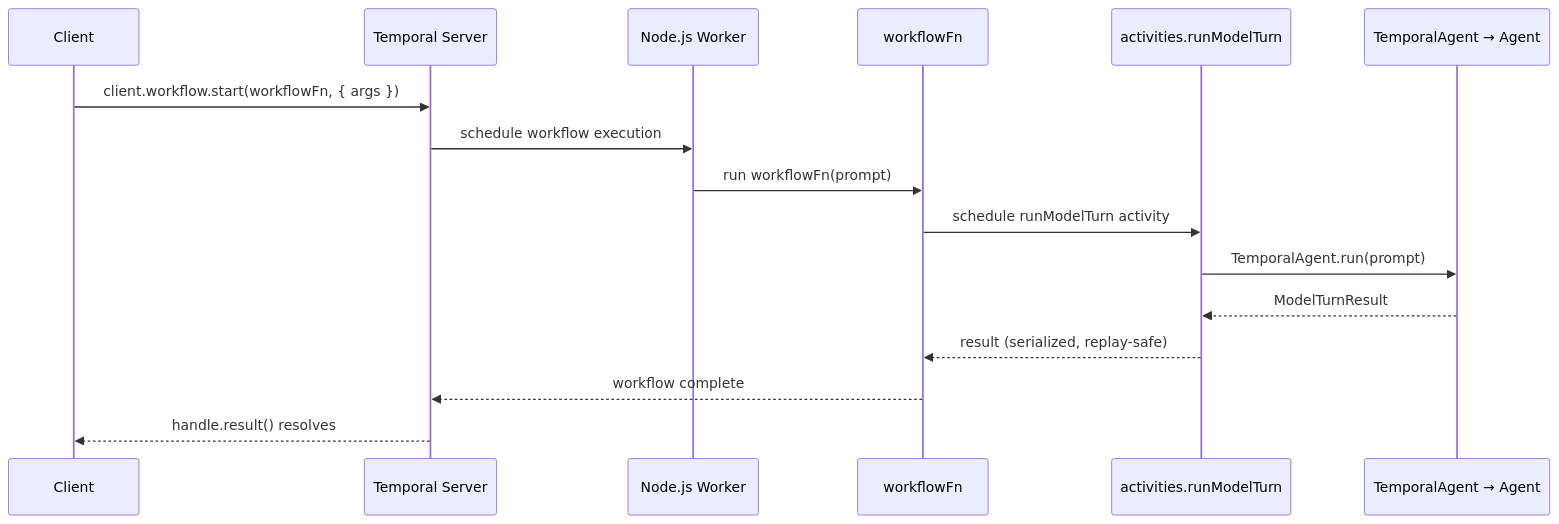
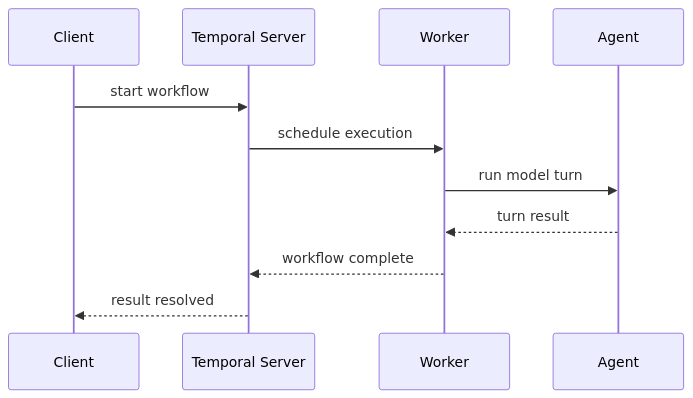
One commit to a7ul/vibes changed the diagram in packages/framework/docs/integrations/temporal.mdx. Above: the diagram before and after it, drawn with Mermaid. The commit also changed 26 other files, not shown here.

````diff
--- a/packages/framework/docs/integrations/temporal.mdx
+++ b/packages/framework/docs/integrations/temporal.mdx
@@ -14,19 +14,14 @@
 ```mermaid
 sequenceDiagram
     participant C as Client
     participant T as Temporal Server
-    participant W as Node.js Worker
-    participant WF as workflowFn
-    participant A as activities.runModelTurn
-    participant AG as TemporalAgent → Agent
+    participant W as Worker
+    participant Agent
 
-    C->>T: client.workflow.start(workflowFn, { args })
-    T->>W: schedule workflow execution
-    W->>WF: run workflowFn(prompt)
-    WF->>A: schedule runModelTurn activity
-    A->>AG: TemporalAgent.run(prompt)
-    AG-->>A: ModelTurnResult
-    A-->>WF: result (serialized, replay-safe)
-    WF-->>T: workflow complete
-    T-->>C: handle.result() resolves
+    C->>T: start workflow
+    T->>W: schedule execution
+    W->>Agent: run model turn
+    Agent-->>W: turn result
+    W-->>T: workflow complete
+    T-->>C: result resolved
 ```
````
